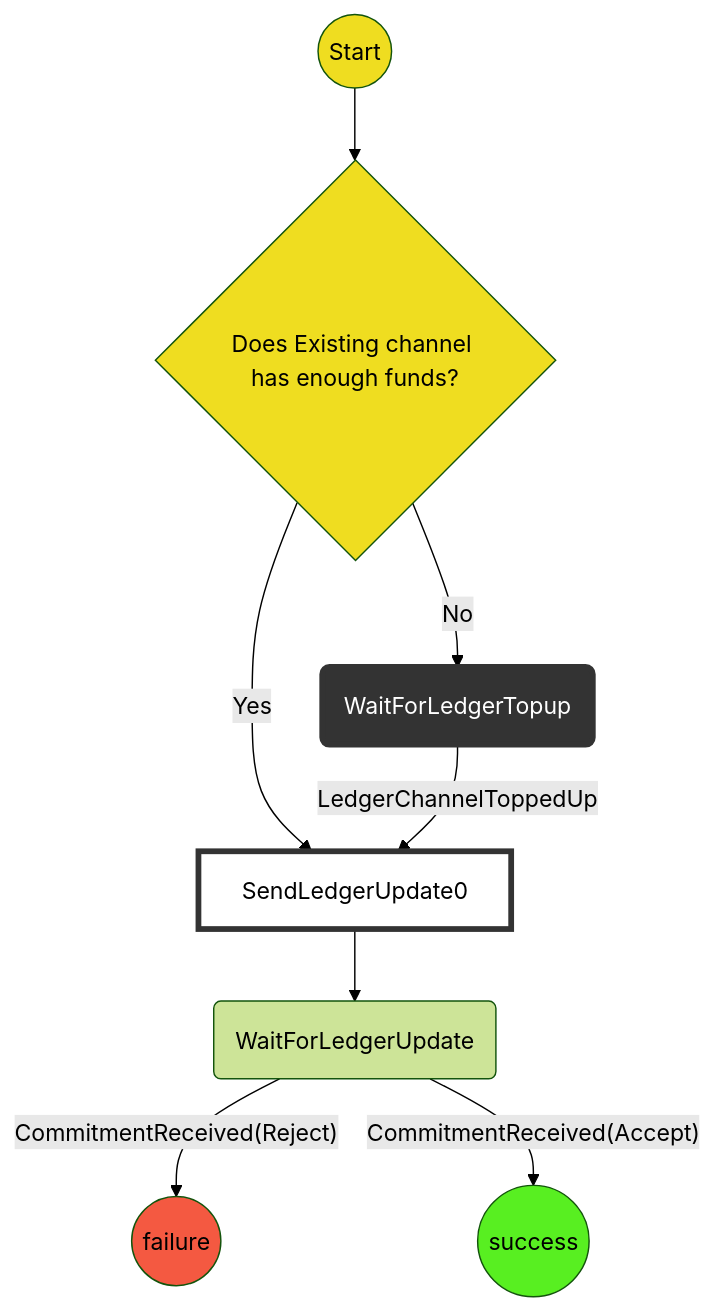
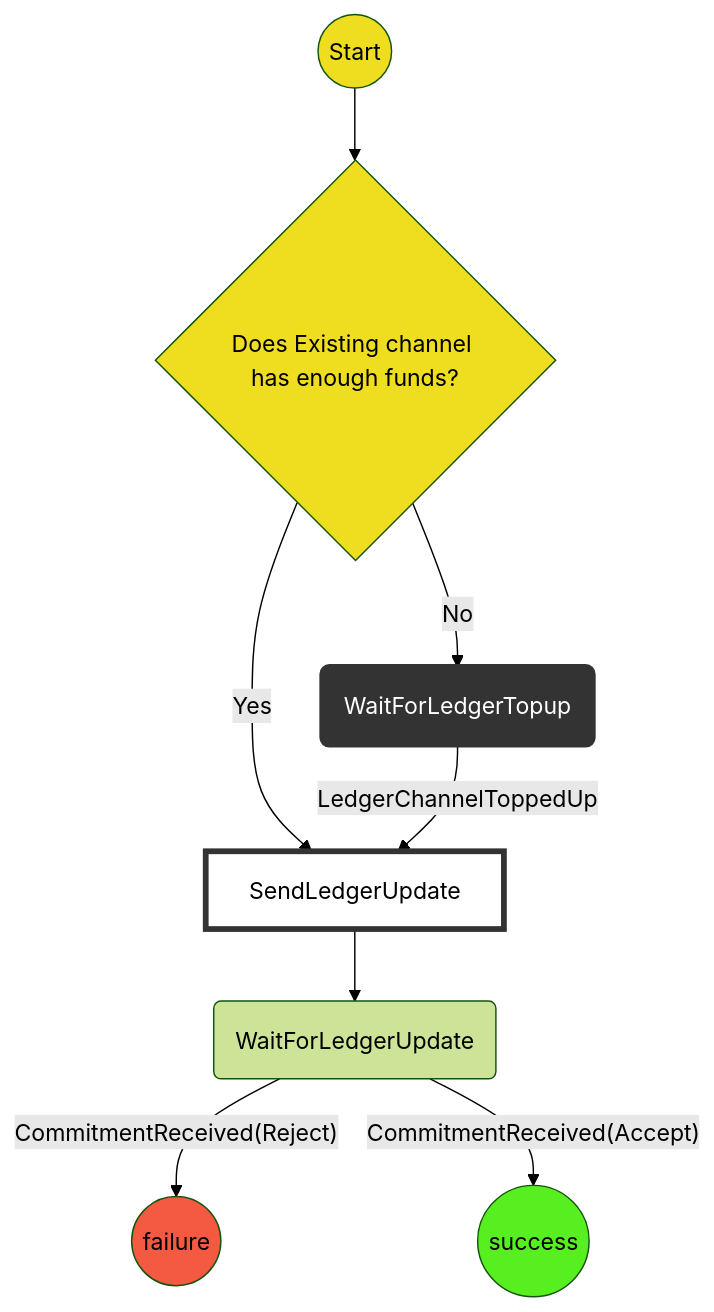
One commit to statechannels/statechannels changed the diagram in packages/rps/packages/wallet/src/redux/protocols/existing-ledger-funding/readme.md. Above: the diagram before and after it, drawn with Mermaid (forest theme). The commit also changed 5 other files, not shown here.

````diff
--- a/packages/rps/packages/wallet/src/redux/protocols/existing-ledger-funding/readme.md
+++ b/packages/rps/packages/wallet/src/redux/protocols/existing-ledger-funding/readme.md
@@ -13,21 +13,21 @@
 ```mermaid
   graph TD
   linkStyle default interpolate basis
   St((Start))-->L
   L{Does Player channel have enough funds?}-->|No|LT(WaitForLedgerTopup)
-  L{Does Existing channel has enough funds?}-->|Yes|SC0[SendLedgerUpdate0]
-  LT-->|LedgerChannelToppedUp|SC0[SendLedgerUpdate0]
-  SC0-->WC(WaitForLedgerUpdate)
+  L{Does Existing channel has enough funds?}-->|Yes|SLU[SendLedgerUpdate]
+  LT-->|LedgerChannelToppedUp|SLU
+  SLU-->WC(WaitForLedgerUpdate)
   WC-->|"CommitmentReceived(Reject)"|F((failure))
   WC-->|"CommitmentReceived(Accept)"|Su((success))
   classDef logic fill:#efdd20;
   classDef Success fill:#58ef21;
   classDef Failure fill:#f45941;
   classDef WaitForChildProtocol stroke:#333,stroke-width:4px,color:#ffff,fill:#333;
   classDef NotAState stroke:#333,stroke-width:4px,fill:#0000;
   class St,L logic;
   class Su Success;
   class F Failure;
   class LT WaitForChildProtocol;
-  class SC0,SP0 NotAState
+  class SLU NotAState
 ```
````
